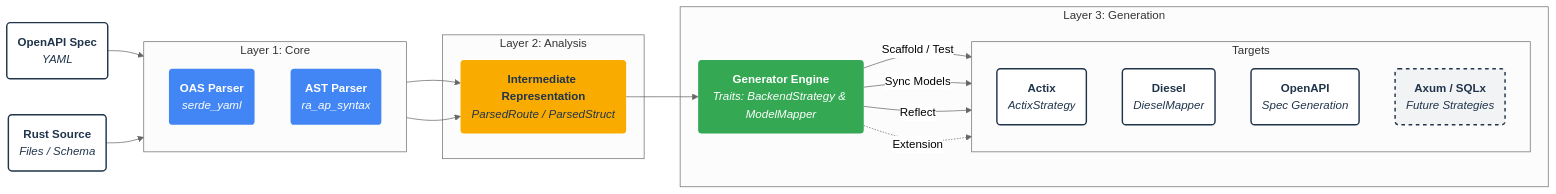
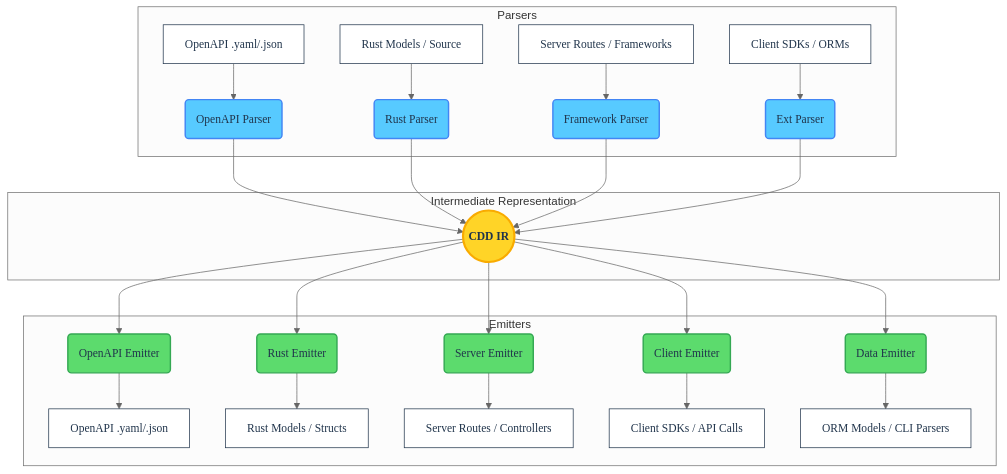
Before and after one commit to offscale/cdd-rust: the diagram in ARCHITECTURE.md, drawn with Mermaid (neutral theme). The commit also changed other lines of this file and 6 other files, not shown here.

````diff
--- a/ARCHITECTURE.md
+++ b/ARCHITECTURE.md
@@ -6,57 +16,38 @@
 ```mermaid
-graph LR
-%% --- NODES --- 
-    InputOAS(<strong>OpenAPI Spec</strong><br/><em>YAML</em>)
-    InputSrc(<strong>Rust Source</strong><br/><em>Files / Schema</em>)
+graph TD
+    %% Styling Definitions
+    classDef frontend fill:#57caff,stroke:#4285f4,stroke-width:2px,color:#20344b,font-family:Roboto Mono
+    classDef core fill:#ffd427,stroke:#f9ab00,stroke-width:3px,color:#20344b,font-family:Google Sans,font-weight:bold
+    classDef backend fill:#5cdb6d,stroke:#34a853,stroke-width:2px,color:#20344b,font-family:Roboto Mono
+    classDef endpoint fill:#ffffff,stroke:#20344b,stroke-width:1px,color:#20344b,font-family:Google Sans
 
-    subgraph Core [Layer 1: Core]
-        direction TB
-        P_OAS(<strong>OAS Parser</strong><br/><em>serde_yaml</em>)
-        P_AST(<strong>AST Parser</strong><br/><em>ra_ap_syntax</em>)
+    subgraph Frontend [Parsers]
+        A[OpenAPI .yaml/.json]:::endpoint --> P1(OpenAPI Parser):::frontend
+        B[Rust Models / Source]:::endpoint --> P2(Rust Parser):::frontend
+        C[Server Routes / Frameworks]:::endpoint --> P3(Framework Parser):::frontend
+        D[Client SDKs / ORMs]:::endpoint --> P4(Ext Parser):::frontend
     end
 
-    subgraph Analysis [Layer 2: Analysis]
-        IR(<strong>Intermediate Representation</strong><br/><em>ParsedRoute / ParsedStruct</em>)
+    subgraph Core [Intermediate Representation]
+        IR((CDD IR)):::core
     end
 
-    subgraph Gen [Layer 3: Generation]
-        Base(<strong>Generator Engine</strong><br/><em>Traits: BackendStrategy & ModelMapper</em>)
-
-    %% The Fork
-        subgraph Targets [Targets]
-            direction TB
-            T_Actix(<strong>Actix</strong><br/><em>ActixStrategy</em>)
-            T_Diesel(<strong>Diesel</strong><br/><em>DieselMapper</em>)
-            T_OutputOAS(<strong>OpenAPI</strong><br/><em>Spec Generation</em>)
-            T_Future(<strong>Axum / SQLx</strong><br/><em>Future Strategies</em>)
-        end
+    subgraph Backend [Emitters]
+        E1(OpenAPI Emitter):::backend --> X[OpenAPI .yaml/.json]:::endpoint
+        E2(Rust Emitter):::backend --> Y[Rust Models / Structs]:::endpoint
+        E3(Server Emitter):::backend --> Z[Server Routes / Controllers]:::endpoint
+        E4(Client Emitter):::backend --> W[Client SDKs / API Calls]:::endpoint
+        E5(Data Emitter):::backend --> V[ORM Models / CLI Parsers]:::endpoint
     end
 
-%% --- EDGES --- 
-    InputOAS --> P_OAS
-    InputSrc --> P_AST
+    P1 --> IR
+    P2 --> IR
+    P3 --> IR
+    P4 --> IR
 
-    P_OAS --> IR
-    P_AST --> IR
-
-    IR --> Base
-
-    Base -- "Scaffold / Test" --> T_Actix
-    Base -- "Sync Models" --> T_Diesel
-    Base -- "Reflect" --> T_OutputOAS
-    Base -. "Extension" .-> T_Future
-
-%% --- STYLING --- 
-    classDef blue fill:#4285f4,stroke:#ffffff,color:#ffffff,stroke-width:0px
-    classDef yellow fill:#f9ab00,stroke:#ffffff,color:#20344b,stroke-width:0px
-    classDef green fill:#34a853,stroke:#ffffff,color:#ffffff,stroke-width:0px
-    classDef white fill:#ffffff,stroke:#20344b,color:#20344b,stroke-width:2px
-    classDef future fill:#f1f3f4,stroke:#20344b,color:#20344b,stroke-width:2px,stroke-dasharray: 5 5
-
-    class InputOAS,InputSrc white
-    class P_OAS,P_AST blue
-    class IR yellow
-    class Base green
-    class T_Actix,T_Diesel,T_OutputOAS white
-    class T_Future future
+    IR --> E1
+    IR --> E2
+    IR --> E3
+    IR --> E4
+    IR --> E5
 ```
````
